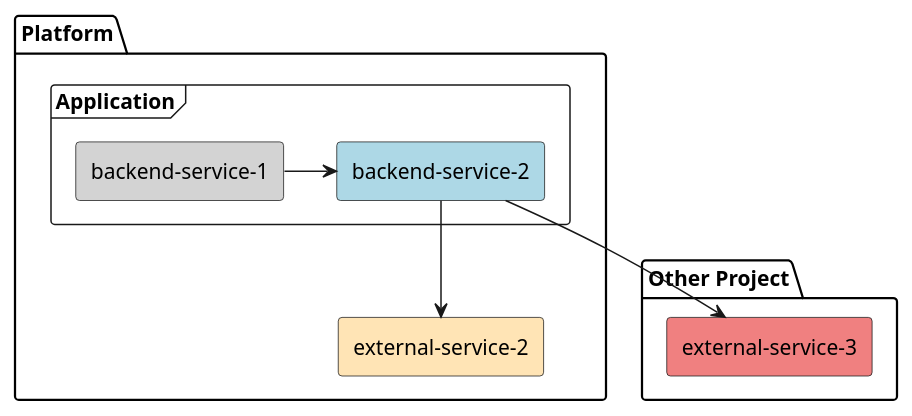
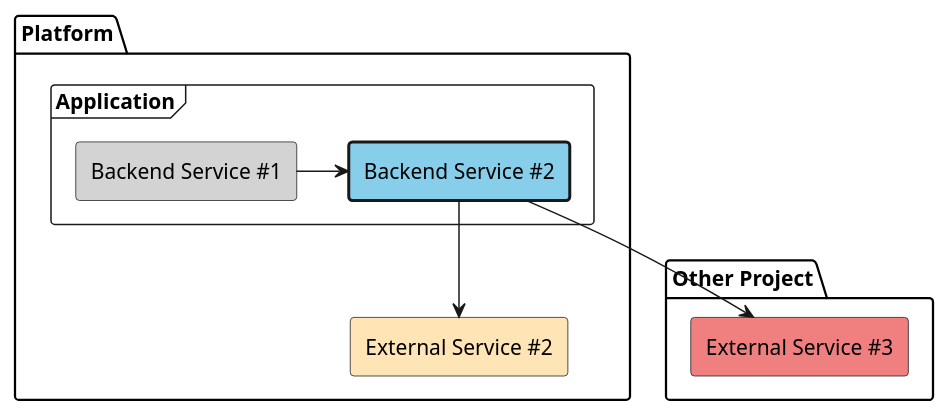
The diagram in src/plantuml/detailed/backend-service-2.puml (automatic-architecture-documentation/documentation), drawn with PlantUML before and after one commit. The commit also changed 31 other files, not shown here.

```diff
--- a/src/plantuml/detailed/backend-service-2.puml
+++ b/src/plantuml/detailed/backend-service-2.puml
@@ -1,19 +1,19 @@
 @startuml
 'https://plantuml.com/deployment-diagram
 
 folder "Platform" {
     frame "Application" {
-        rectangle "backend-service-1" as backendservice1 #lightgrey
-        rectangle "backend-service-2" as backendservice2 #lightblue
+        rectangle "Backend Service #1" as backendservice1 #lightgrey
+        rectangle "Backend Service #2" as backendservice2 #skyblue;line.bold
     }
-    rectangle "external-service-2" as externalservice2 #moccasin
+    rectangle "External Service #2" as externalservice2 #moccasin
 }
 folder "Other Project" {
-    rectangle "external-service-3" as externalservice3 #lightcoral
+    rectangle "External Service #3" as externalservice3 #lightcoral
 }
 
 backendservice1 -r-> backendservice2
 backendservice2 -d-> externalservice2
 backendservice2 -d-> externalservice3
 
 @enduml
```
